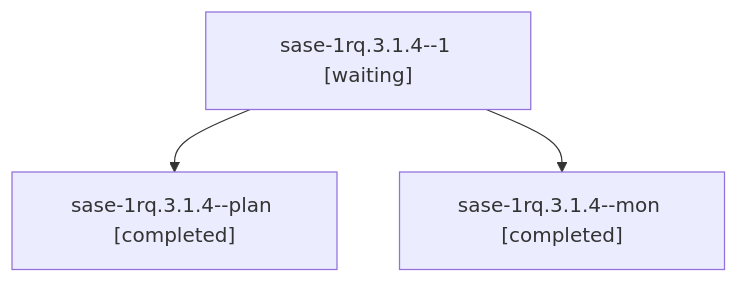
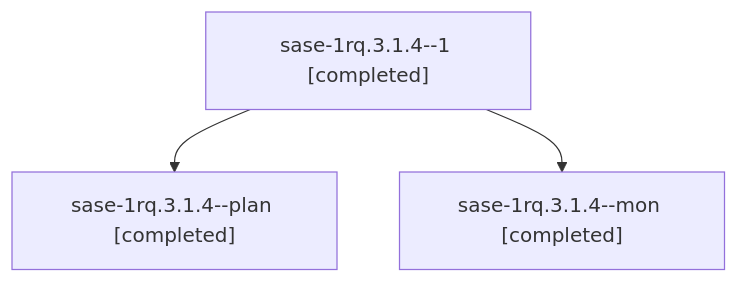
The diagram in sessions/bbugyi200.athena.sase-1rq.3.1.4.md (sase-org/sase--agents), drawn with Mermaid before and after one commit. The commit also changed other lines of this file and 154 other files, not shown here.

````diff
--- a/sessions/bbugyi200.athena.sase-1rq.3.1.4.md
+++ b/sessions/bbugyi200.athena.sase-1rq.3.1.4.md
@@ -9,8 +9,8 @@
 ```mermaid
 flowchart TD
-  n0["sase-1rq.3.1.4--1 [waiting]"]
+  n0["sase-1rq.3.1.4--1 [completed]"]
   n1["sase-1rq.3.1.4--plan [completed]"]
   n0 --> n1
   n2["sase-1rq.3.1.4--mon [completed]"]
   n0 --> n2
 ```
````
